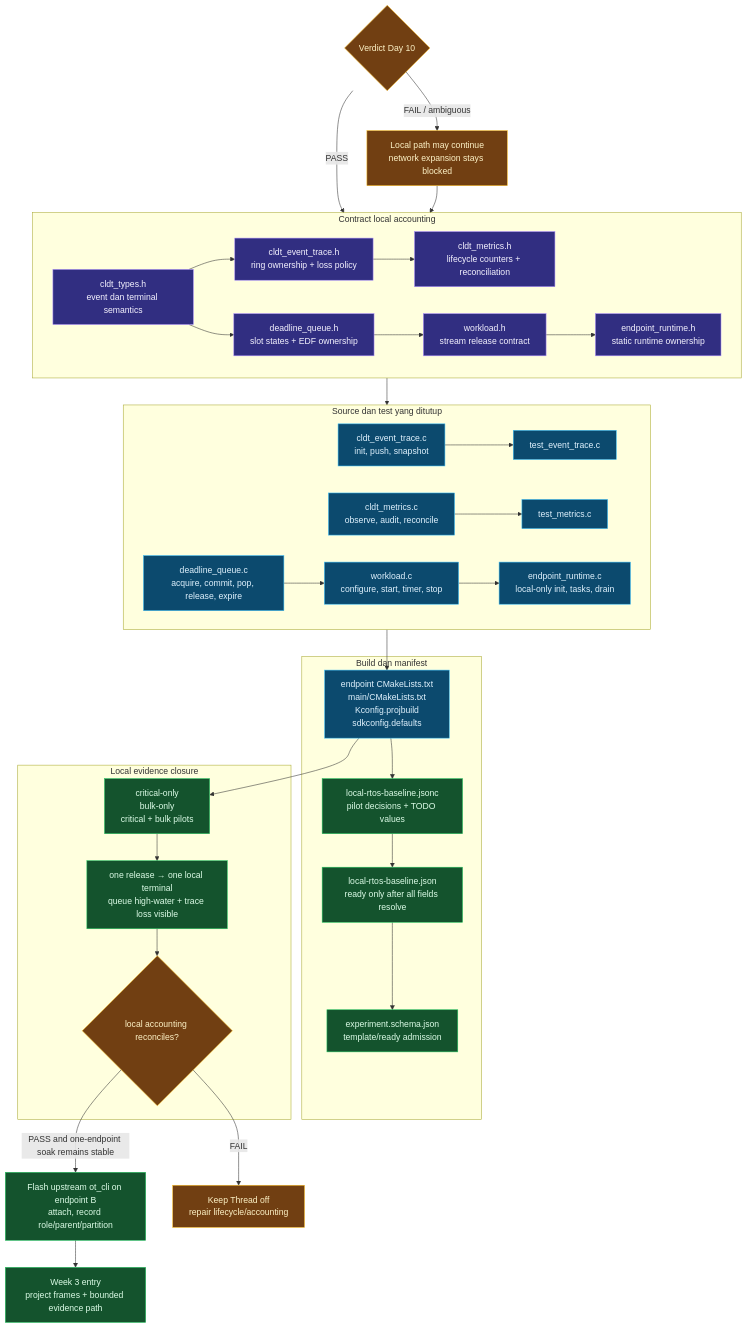
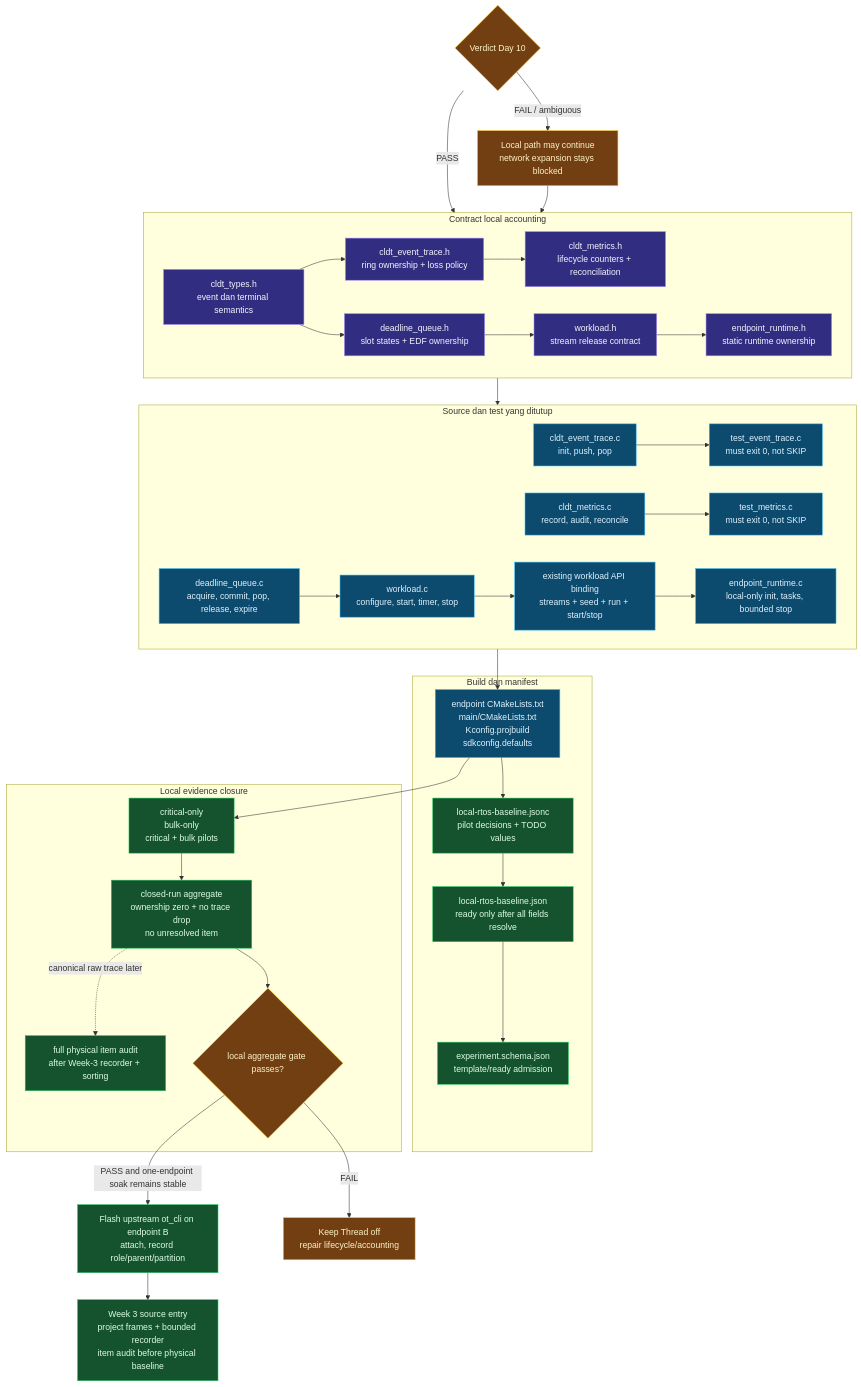
Before and after one commit to Reinathanajah/CLDT-Thread: the diagram in docs/diagrams/phase2/implementation-roadmap.mmd, drawn with Mermaid. The commit also changed 9 other files, not shown here.

```diff
--- a/docs/diagrams/phase2/implementation-roadmap.mmd
+++ b/docs/diagrams/phase2/implementation-roadmap.mmd
@@ -1,55 +1,58 @@
 flowchart TB
     entry{"Verdict Day 10"}
 
     subgraph contracts["Contract local accounting"]
         types["cldt_types.h<br/>event dan terminal semantics"]
         traceh["cldt_event_trace.h<br/>ring ownership + loss policy"]
         metricsh["cldt_metrics.h<br/>lifecycle counters + reconciliation"]
         queueh["deadline_queue.h<br/>slot states + EDF ownership"]
         workloadh["workload.h<br/>stream release contract"]
         runtimeh["endpoint_runtime.h<br/>static runtime ownership"]
         types --> traceh --> metricsh
         types --> queueh --> workloadh --> runtimeh
     end
 
     subgraph implementation["Source dan test yang ditutup"]
-        tracec["cldt_event_trace.c<br/>init, push, snapshot"] --> tracet["test_event_trace.c"]
-        metricsc["cldt_metrics.c<br/>observe, audit, reconcile"] --> metricst["test_metrics.c"]
+        tracec["cldt_event_trace.c<br/>init, push, pop"] --> tracet["test_event_trace.c<br/>must exit 0, not SKIP"]
+        metricsc["cldt_metrics.c<br/>record, audit, reconcile"] --> metricst["test_metrics.c<br/>must exit 0, not SKIP"]
         queuec["deadline_queue.c<br/>acquire, commit, pop, release, expire"]
         workloadc["workload.c<br/>configure, start, timer, stop"]
-        runtimec["endpoint_runtime.c<br/>local-only init, tasks, drain"]
-        queuec --> workloadc --> runtimec
+        runtimec["endpoint_runtime.c<br/>local-only init, tasks, bounded stop"]
+        binding["existing workload API binding<br/>streams + seed + run + start/stop"]
+        queuec --> workloadc --> binding --> runtimec
     end
 
     subgraph buildmanifest["Build dan manifest"]
         build["endpoint CMakeLists.txt<br/>main/CMakeLists.txt<br/>Kconfig.projbuild<br/>sdkconfig.defaults"]
         jsonc["local-rtos-baseline.jsonc<br/>pilot decisions + TODO values"]
         strict["local-rtos-baseline.json<br/>ready only after all fields resolve"]
         schema["experiment.schema.json<br/>template/ready admission"]
         jsonc --> strict --> schema
     end
 
     subgraph evidence["Local evidence closure"]
         pilots["critical-only<br/>bulk-only<br/>critical + bulk pilots"]
-        audit["one release → one local terminal<br/>queue high-water + trace loss visible"]
-        localgate{"local accounting reconciles?"}
-        pilots --> audit --> localgate
+        aggregate["closed-run aggregate<br/>ownership zero + no trace drop<br/>no unresolved item"]
+        deferred["full physical item audit<br/>after Week-3 recorder + sorting"]
+        localgate{"local aggregate gate passes?"}
+        pilots --> aggregate --> localgate
+        aggregate -. "canonical raw trace later" .-> deferred
     end
 
     entry -->|"PASS"| contracts
     entry -->|"FAIL / ambiguous"| localonly["Local path may continue<br/>network expansion stays blocked"]
     contracts --> implementation --> build --> pilots
     build --> jsonc
     localonly --> contracts
     localgate -->|"PASS and one-endpoint soak remains stable"| endpointb["Flash upstream ot_cli on endpoint B<br/>attach, record role/parent/partition"]
     localgate -->|"FAIL"| repair["Keep Thread off<br/>repair lifecycle/accounting"]
-    endpointb --> week3["Week 3 entry<br/>project frames + bounded evidence path"]
+    endpointb --> week3["Week 3 source entry<br/>project frames + bounded recorder<br/>item audit before physical baseline"]
 
     classDef contract fill:#312e81,stroke:#a78bfa,color:#f5f3ff;
     classDef code fill:#0c4a6e,stroke:#38bdf8,color:#e0f2fe;
     classDef evidence fill:#14532d,stroke:#22c55e,color:#dcfce7;
     classDef decision fill:#713f12,stroke:#fbbf24,color:#fef3c7;
     class types,traceh,metricsh,queueh,workloadh,runtimeh contract;
-    class tracec,tracet,metricsc,metricst,queuec,workloadc,runtimec,build code;
-    class jsonc,strict,schema,pilots,audit,endpointb,week3 evidence;
+    class tracec,tracet,metricsc,metricst,queuec,workloadc,binding,runtimec,build code;
+    class jsonc,strict,schema,pilots,aggregate,deferred,endpointb,week3 evidence;
     class entry,localgate,localonly,repair decision;
```
